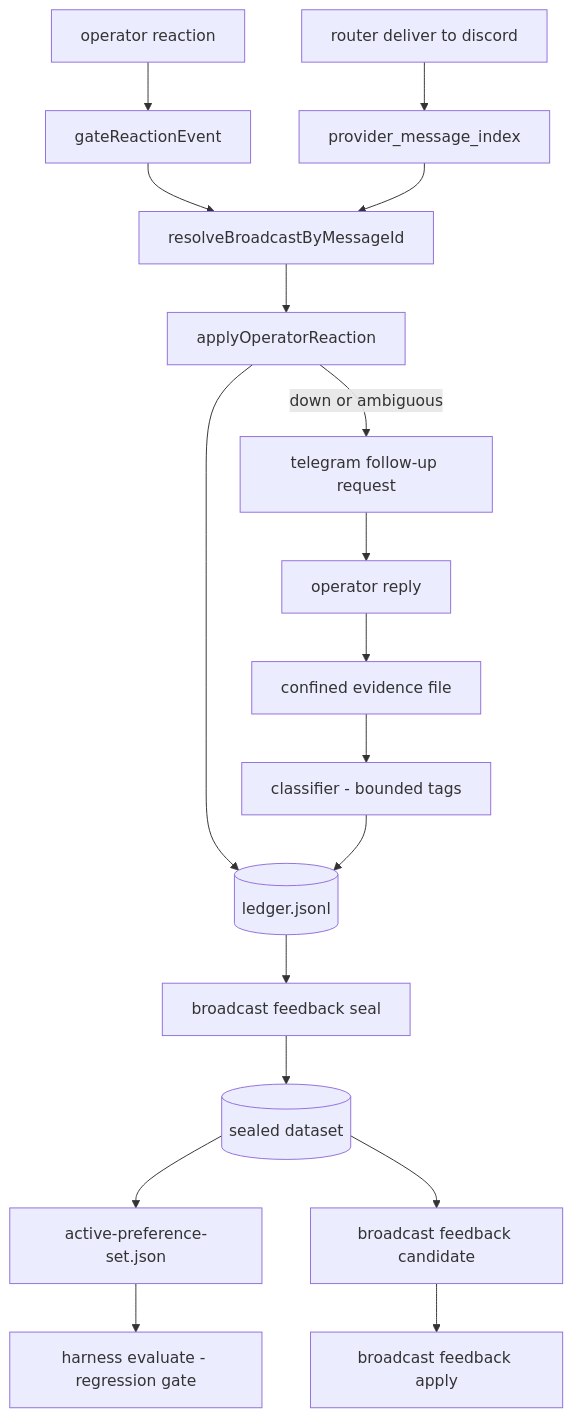
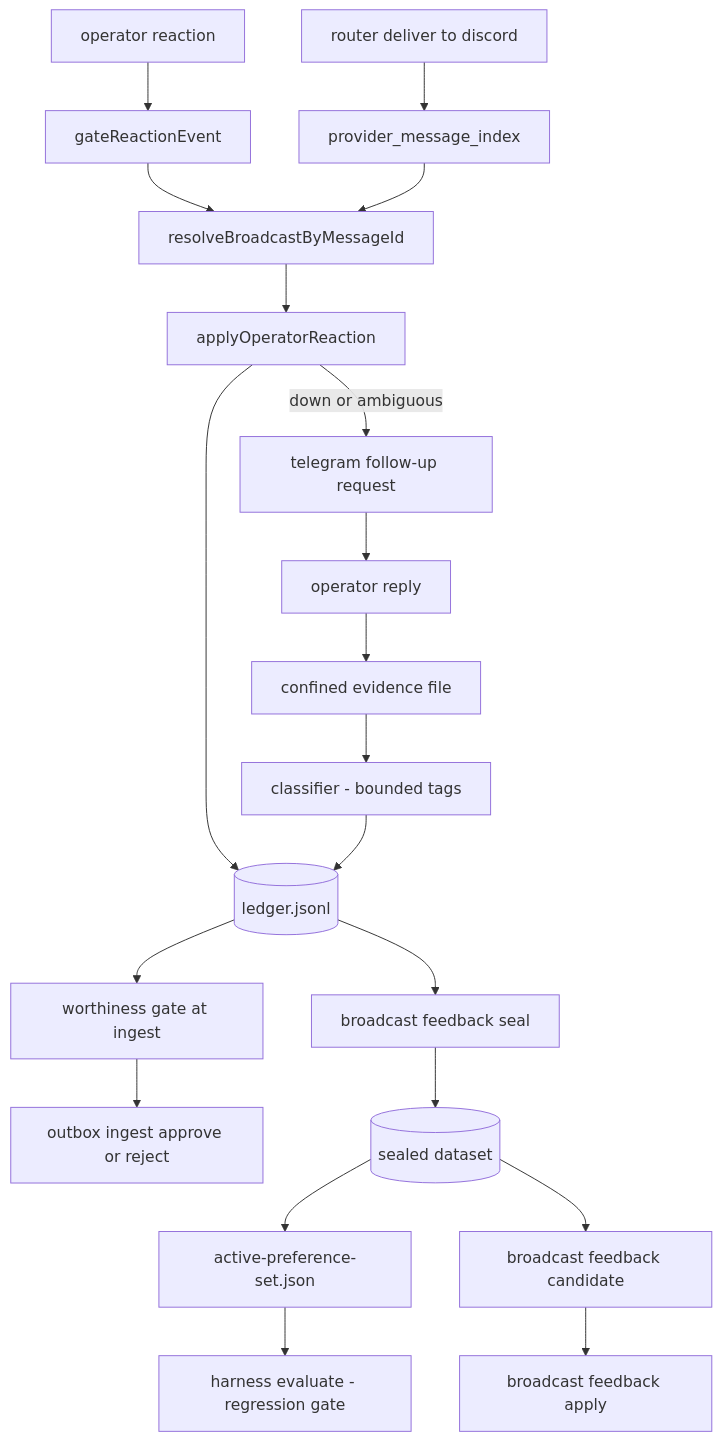
Before and after one commit to KekusPraeclarus/trenchcoat: the diagram in docs/architecture/broadcast-feedback.md, drawn with Mermaid. The commit also changed other lines of this file and 44 other files, not shown here.

````diff
--- a/docs/architecture/broadcast-feedback.md
+++ b/docs/architecture/broadcast-feedback.md
@@ -21,20 +21,22 @@
 ```mermaid
 flowchart TD
   deliver[router deliver to discord] --> index[provider_message_index]
   react[operator reaction] --> gate[gateReactionEvent]
   gate --> resolve[resolveBroadcastByMessageId]
   index --> resolve
   resolve --> intake[applyOperatorReaction]
   intake --> ledger[(ledger.jsonl)]
   intake -->|down or ambiguous| ask[telegram follow-up request]
   ask --> reply[operator reply]
   reply --> evidence[confined evidence file]
   evidence --> classify[classifier - bounded tags]
   classify --> ledger
+  ledger --> worthiness[worthiness gate at ingest]
+  worthiness --> ingest[outbox ingest approve or reject]
   ledger --> seal[broadcast feedback seal]
   seal --> dataset[(sealed dataset)]
   dataset --> prefs[active-preference-set.json]
   dataset --> candidate[broadcast feedback candidate]
   candidate --> apply[broadcast feedback apply]
   prefs --> harness[harness evaluate - regression gate]
 ```
````
